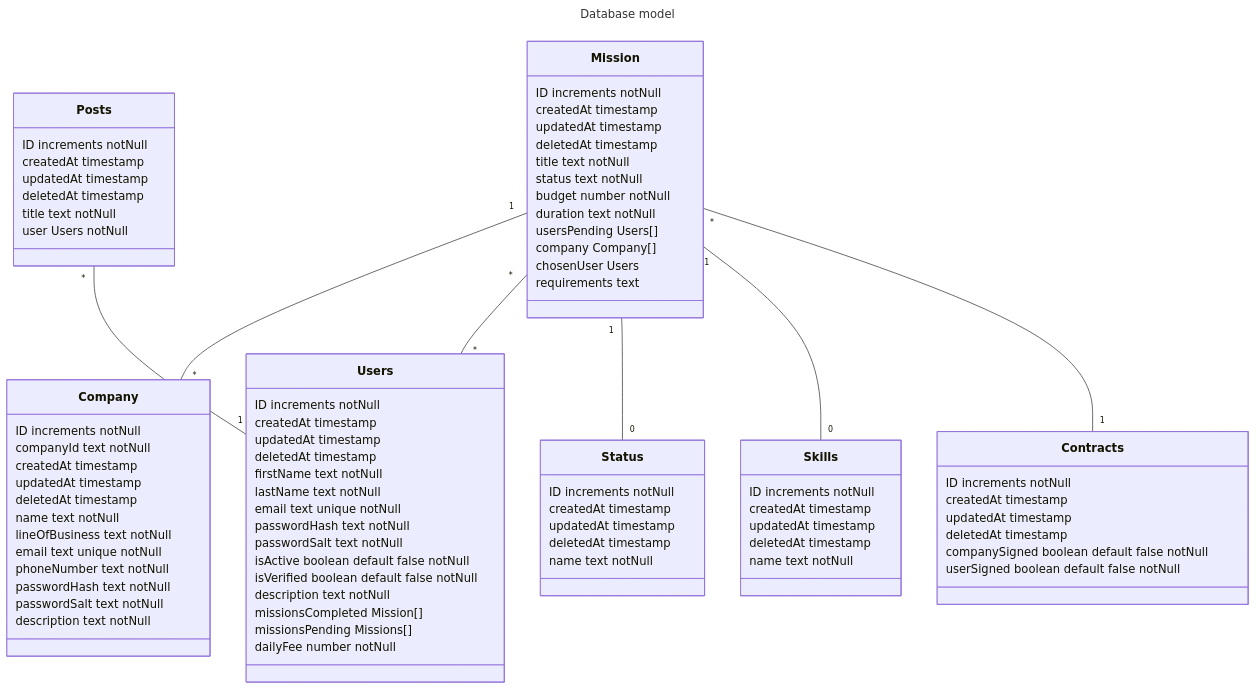
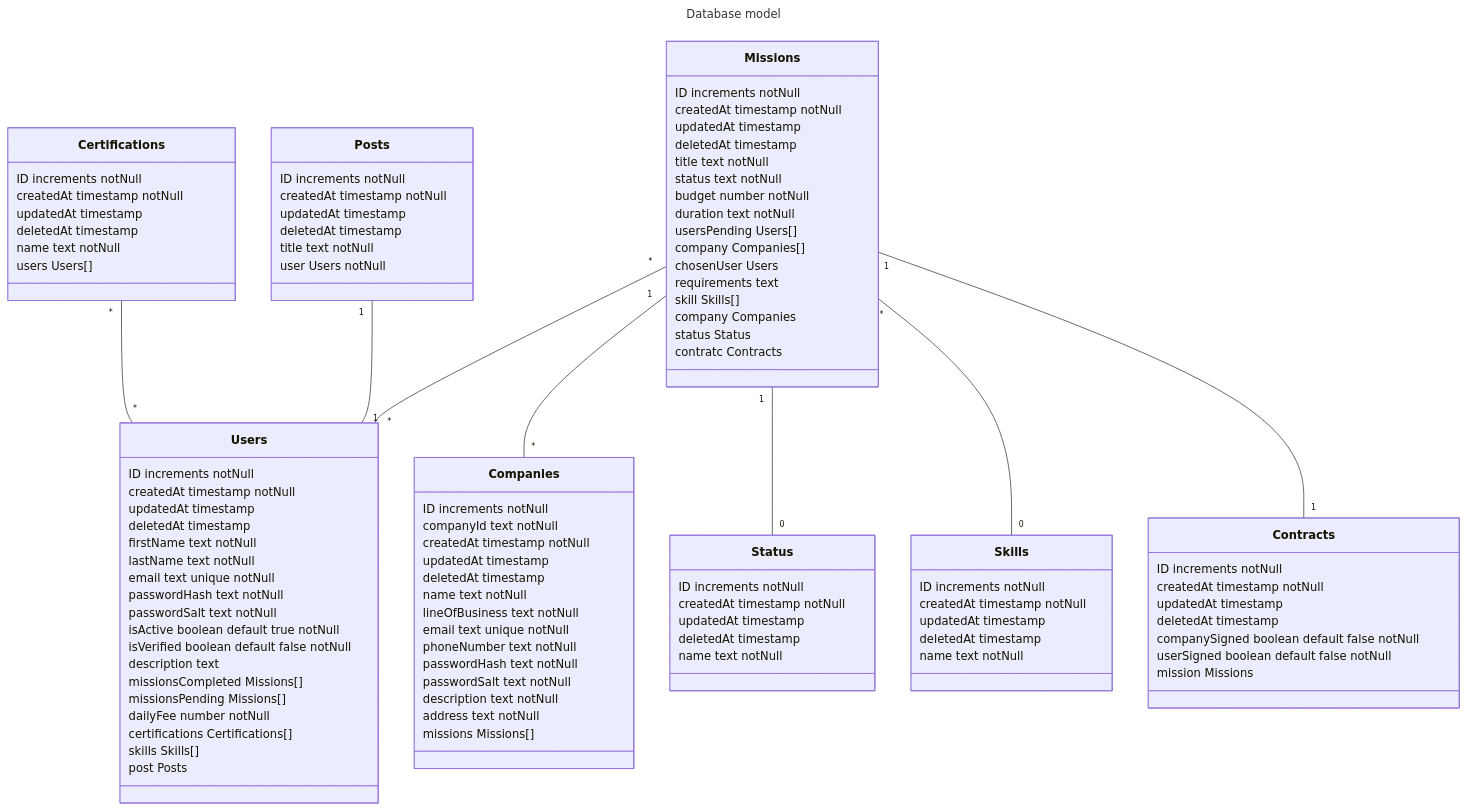
The diagram in docs/db-schema.md (krispy-clean/hackathon), drawn with Mermaid before and after one commit.

Commit message:
seconf draft of the db diagram

````diff
--- a/docs/db-schema.md
+++ b/docs/db-schema.md
@@ -2,19 +2,19 @@
 ---
 title: Database model
 ---
-
 classDiagram
 
-Mission "1"--"*" Company
-Mission "*"--"*" Users
-Mission "1"-- "0"Status
-Mission "1"-- "0"Skills
-Posts "*"-- "1"Users
-Mission "*"-- "1"Contracts
+Missions "1"--"*" Companies
+Missions "*"--"*" Users
+Missions "1"-- "0"Status
+Missions "*"-- "0"Skills
+Posts "1"-- "1"Users
+Missions "1"-- "1"Contracts
+Certifications "*"-- "*"Users
 
 class Users {
     ID increments notNull
-    createdAt timestamp
+    createdAt timestamp notNull
     updatedAt timestamp
     deletedAt timestamp
     firstName text notNull
@@ -22,26 +22,29 @@
     email text unique notNull
     passwordHash text notNull
     passwordSalt text notNull
-    isActive boolean default false notNull
+    isActive boolean default true notNull
     isVerified boolean default false notNull
-    description text notNull
-    missionsCompleted Mission[]
+    description text
+    missionsCompleted Missions[]
     missionsPending Missions[]
     dailyFee number notNull
+    certifications Certifications[]
+    skills Skills[]
+    post Posts
 }
 
 class Status {
     ID increments notNull
-    createdAt timestamp
+    createdAt timestamp notNull
     updatedAt timestamp
     deletedAt timestamp
     name text notNull
 }
 
-class Company {
+class Companies {
     ID increments notNull
     companyId text notNull
-    createdAt timestamp
+    createdAt timestamp notNull
     updatedAt timestamp
     deletedAt timestamp
     name text notNull
@@ -51,11 +54,13 @@
     passwordHash text notNull
     passwordSalt text notNull
     description text notNull
+    address text notNull
+    missions Missions[]
 }
 
-class Mission {
+class Missions {
     ID increments notNull
-    createdAt timestamp
+    createdAt timestamp notNull
     updatedAt timestamp
     deletedAt timestamp
     title text notNull
@@ -63,14 +68,18 @@
     budget number notNull
     duration text notNull
     usersPending Users[]
-    company Company[]
+    company Companies[]
     chosenUser Users
     requirements text
+    skill Skills[]
+    company Companies
+    status Status
+    contratc Contracts
 }
 
 class Posts {
     ID increments notNull
-    createdAt timestamp
+    createdAt timestamp notNull
     updatedAt timestamp
     deletedAt timestamp
     title text notNull
@@ -79,7 +88,7 @@
 
 class Skills {
     ID increments notNull
-    createdAt timestamp
+    createdAt timestamp notNull
     updatedAt timestamp
     deletedAt timestamp
     name text notNull
@@ -87,10 +96,20 @@
 
 class Contracts {
     ID increments notNull
-    createdAt timestamp
+    createdAt timestamp notNull
     updatedAt timestamp
     deletedAt timestamp
     companySigned boolean default false notNull
     userSigned boolean default false notNull
+    mission Missions
+}
+
+class Certifications {
+    ID increments notNull
+    createdAt timestamp notNull
+    updatedAt timestamp
+    deletedAt timestamp
+    name text notNull
+    users Users[]
 }
 ```
````
